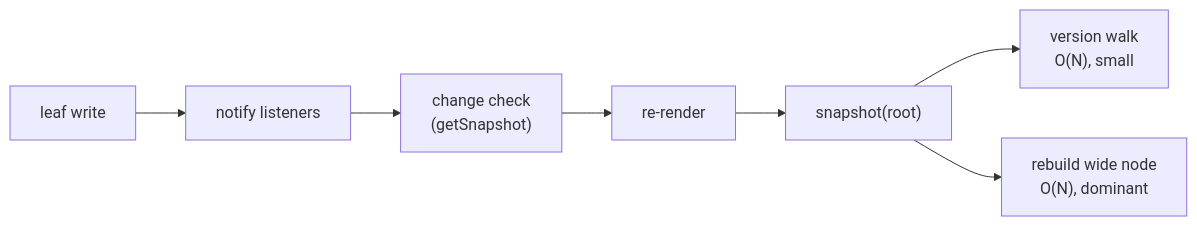
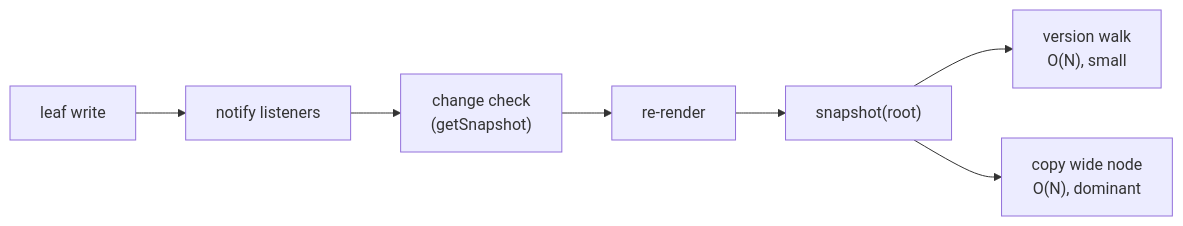
Before and after one commit to daishikato/valtio: the diagram in DESIGN.md, drawn with Mermaid. The commit also changed other lines of this file, not shown here.

````diff
--- a/DESIGN.md
+++ b/DESIGN.md
@@ -35,9 +56,9 @@
 ```mermaid
 flowchart LR
   W["leaf write"] --> N["notify listeners"]
   N --> C["change check<br/>(getSnapshot)"]
   C --> R["re-render"]
   R --> S["snapshot(root)"]
   S --> V["version walk<br/>O(N), small"]
-  S --> B["rebuild wide node<br/>O(N), dominant"]
+  S --> B["copy wide node<br/>O(N), dominant"]
 ```
````
